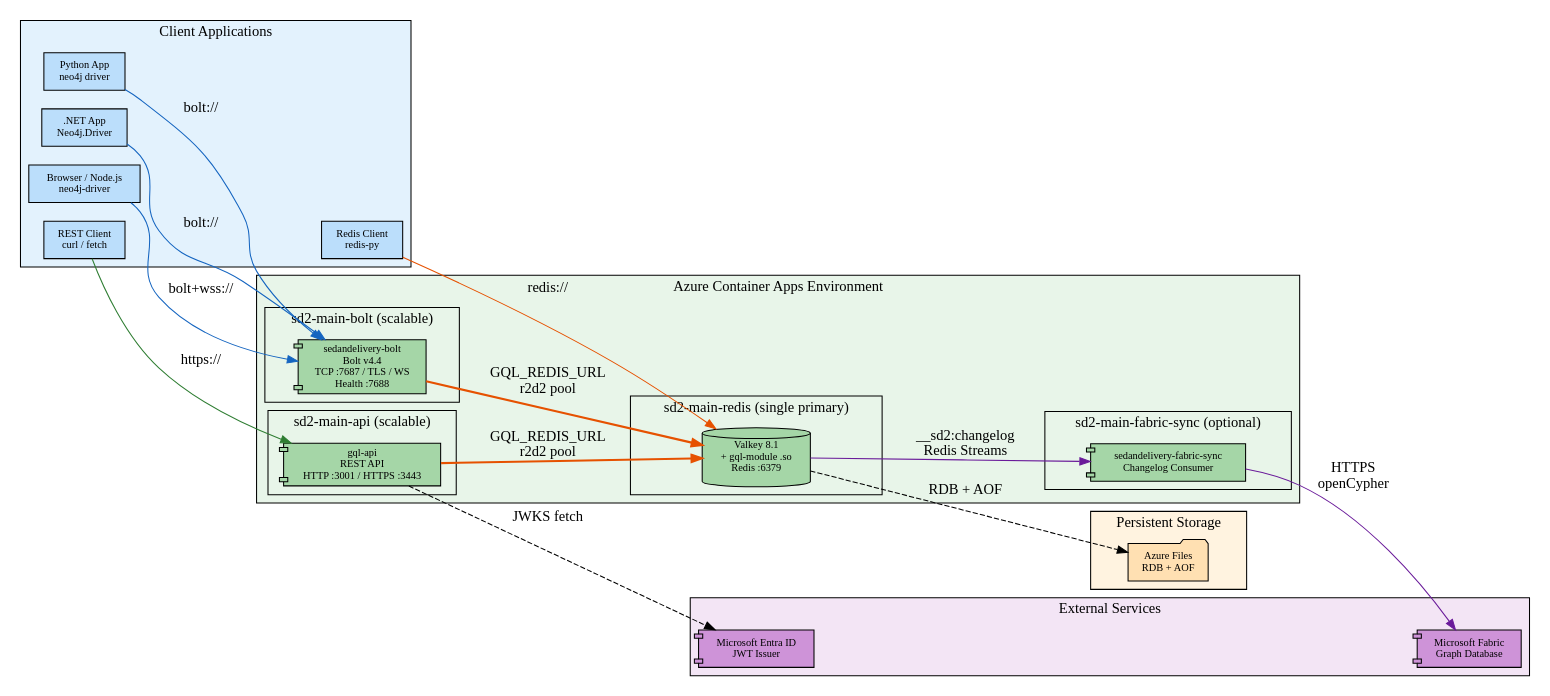
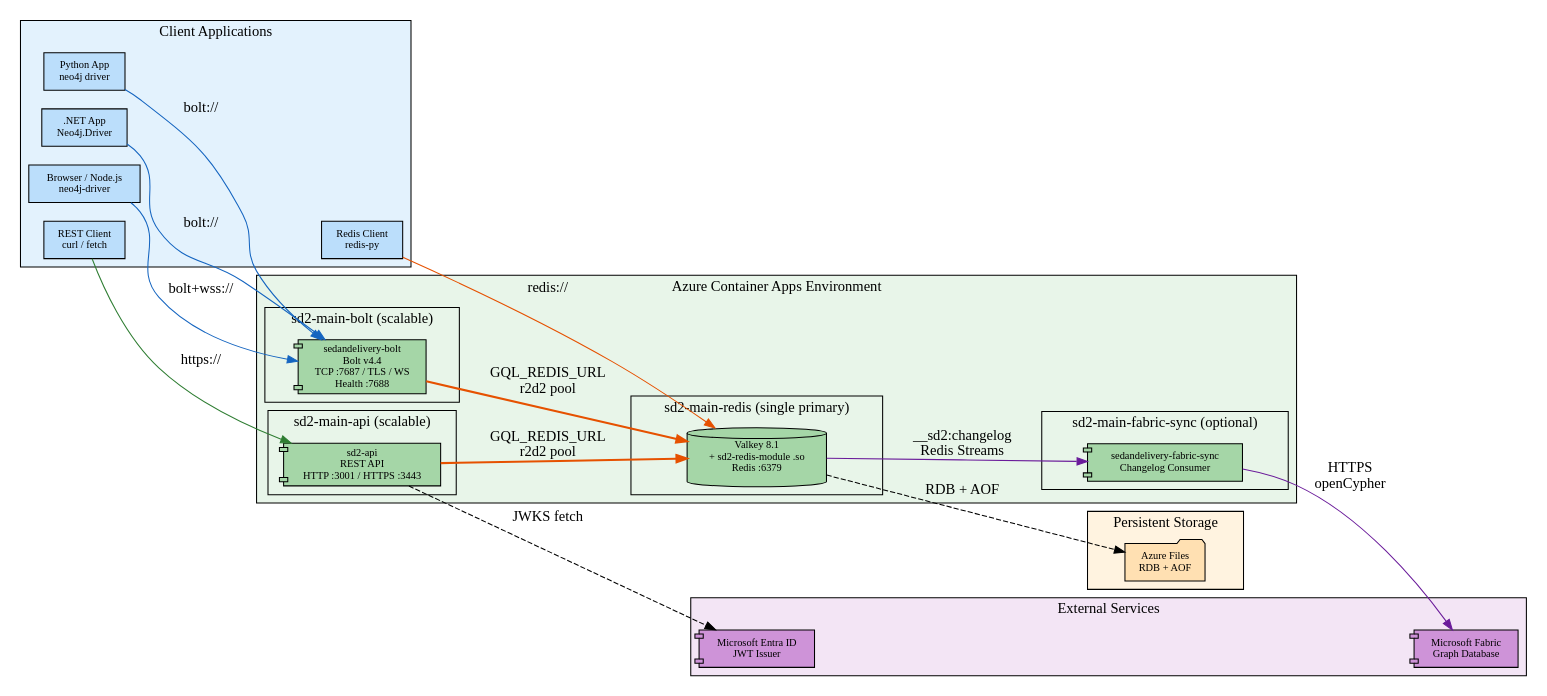
Before and after one commit to rysweet/SedanDelivery: the diagram in docs/atlas/runtime-topology/topology.dot, drawn with Graphviz. The commit also changed 191 other files, not shown here.

First line of the commit message:
refactor: rename gql-module, gql-redis-store, gql-api to sd2- prefix (#1097)

```diff
--- a/docs/atlas/runtime-topology/topology.dot
+++ b/docs/atlas/runtime-topology/topology.dot
@@ -1,69 +1,69 @@
 digraph runtime_topology {
     rankdir=LR
     node [shape=box style=filled fontsize=10]
     compound=true
     newrank=true
 
     subgraph cluster_clients {
         label="Client Applications"
         style=filled fillcolor="#E3F2FD"
         py [label="Python App\nneo4j driver" fillcolor="#BBDEFB"]
         net [label=".NET App\nNeo4j.Driver" fillcolor="#BBDEFB"]
         js [label="Browser / Node.js\nneo4j-driver" fillcolor="#BBDEFB"]
         rest_client [label="REST Client\ncurl / fetch" fillcolor="#BBDEFB"]
         redis_client [label="Redis Client\nredis-py" fillcolor="#BBDEFB"]
     }
 
     subgraph cluster_cae {
         label="Azure Container Apps Environment"
         style=filled fillcolor="#E8F5E9"
 
         subgraph cluster_bolt {
             label="sd2-main-bolt (scalable)"
             bolt_srv [label="sedandelivery-bolt\nBolt v4.4\nTCP :7687 / TLS / WS\nHealth :7688" fillcolor="#A5D6A7" shape=component]
         }
 
         subgraph cluster_api {
             label="sd2-main-api (scalable)"
-            api_srv [label="gql-api\nREST API\nHTTP :3001 / HTTPS :3443" fillcolor="#A5D6A7" shape=component]
+            api_srv [label="sd2-api\nREST API\nHTTP :3001 / HTTPS :3443" fillcolor="#A5D6A7" shape=component]
         }
 
         subgraph cluster_redis {
             label="sd2-main-redis (single primary)"
-            valkey [label="Valkey 8.1\n+ gql-module .so\nRedis :6379" fillcolor="#A5D6A7" shape=cylinder]
+            valkey [label="Valkey 8.1\n+ sd2-redis-module .so\nRedis :6379" fillcolor="#A5D6A7" shape=cylinder]
         }
 
         subgraph cluster_sync {
             label="sd2-main-fabric-sync (optional)"
             sync_svc [label="sedandelivery-fabric-sync\nChangelog Consumer" fillcolor="#A5D6A7" shape=component]
         }
     }
 
     subgraph cluster_storage {
         label="Persistent Storage"
         style=filled fillcolor="#FFF3E0"
         afiles [label="Azure Files\nRDB + AOF" fillcolor="#FFE0B2" shape=folder]
     }
 
     subgraph cluster_external {
         label="External Services"
         style=filled fillcolor="#F3E5F5"
         fabric [label="Microsoft Fabric\nGraph Database" fillcolor="#CE93D8" shape=component]
         entra [label="Microsoft Entra ID\nJWT Issuer" fillcolor="#CE93D8" shape=component]
     }
 
     // Client connections
     py -> bolt_srv [label="bolt://" color="#1565C0"]
     net -> bolt_srv [label="bolt://" color="#1565C0"]
     js -> bolt_srv [label="bolt+wss://" color="#1565C0"]
     rest_client -> api_srv [label="https://" color="#2E7D32"]
     redis_client -> valkey [label="redis://" color="#E65100"]
 
     // Internal connections
     bolt_srv -> valkey [label="GQL_REDIS_URL\nr2d2 pool" color="#E65100" penwidth=2]
     api_srv -> valkey [label="GQL_REDIS_URL\nr2d2 pool" color="#E65100" penwidth=2]
     valkey -> afiles [label="RDB + AOF" style=dashed]
     valkey -> sync_svc [label="__sd2:changelog\nRedis Streams" color="#6A1B9A"]
     sync_svc -> fabric [label="HTTPS\nopenCypher" color="#6A1B9A"]
     api_srv -> entra [label="JWKS fetch" style=dashed color="#888"]
 }
```
